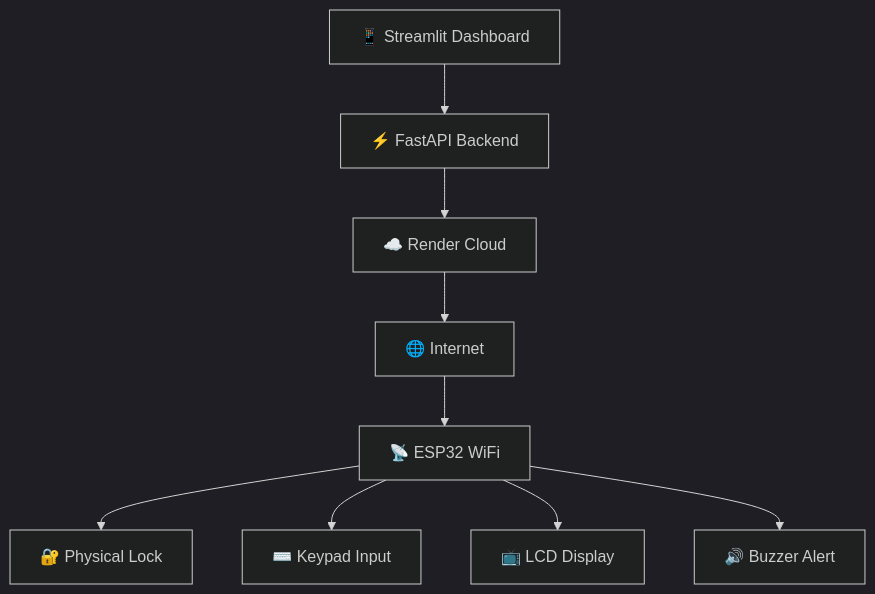
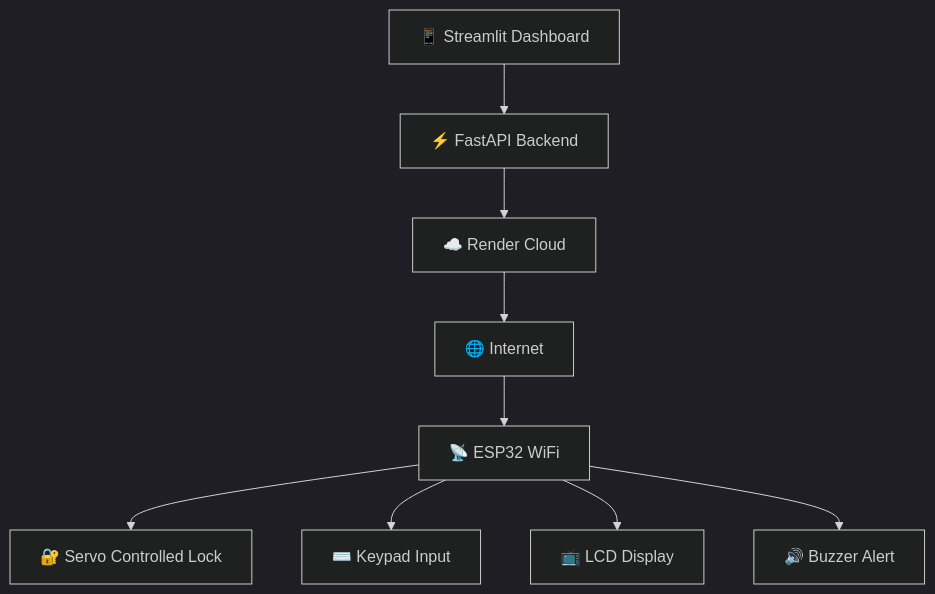
The diagram in README.md (emmyKcodes/Iot-Door-Lock-System), drawn with Mermaid (dark theme) before and after one commit. The commit also changed other lines of this file, not shown here.

````diff
--- a/README.md
+++ b/README.md
@@ -48,11 +48,11 @@
 ```mermaid
 graph TB
     A[📱 Streamlit Dashboard] --> B[⚡ FastAPI Backend]
     B --> C[☁️ Render Cloud]
     C --> D[🌐 Internet]
     D --> E[📡 ESP32 WiFi]
-    E --> F[🔐 Physical Lock]
+    E --> F[🔐 Servo Controlled Lock]
     E --> G[⌨️ Keypad Input]
     E --> H[📺 LCD Display]
     E --> I[🔊 Buzzer Alert]
 ```
````
